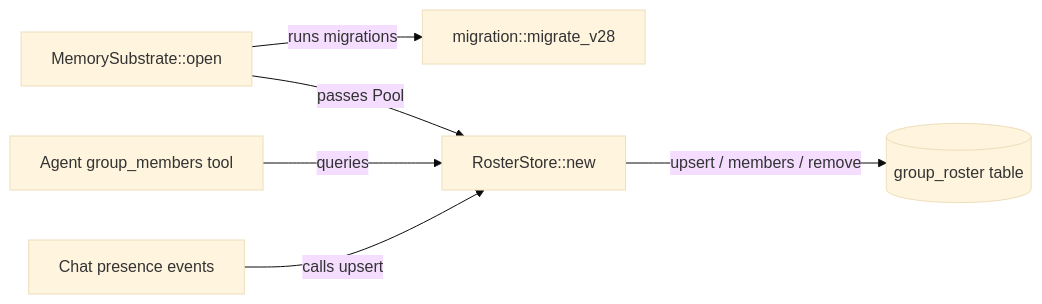
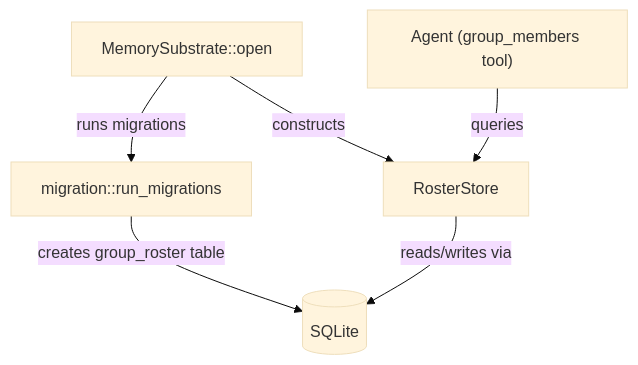
One commit to leszek3737/librefang-WIki changed the diagram in other-librefang-memory-src.md. Above: the diagram before and after it, drawn with Mermaid (base theme). The commit also changed other lines of this file and 119 other files, not shown here.

````diff
--- a/other-librefang-memory-src.md
+++ b/other-librefang-memory-src.md
@@ -11,8 +13,8 @@
 ```mermaid
-graph LR
-    A[MemorySubstrate::open] -->|runs migrations| B[migration::migrate_v28]
-    A -->|passes Pool| C[RosterStore::new]
-    C -->|upsert / members / remove| D[(group_roster table)]
-    E[Agent group_members tool] -->|queries| C
-    F[Chat presence events] -->|calls upsert| C
+graph TD
+    MS["MemorySubstrate::open"] -->|"runs migrations"| MIG["migration::run_migrations"]
+    MS -->|"constructs"| RS["RosterStore"]
+    MIG -->|"creates group_roster table"| DB[(SQLite)]
+    RS -->|"reads/writes via"| DB
+    AGENT["Agent (group_members tool)"] -->|"queries"| RS
 ```
````
